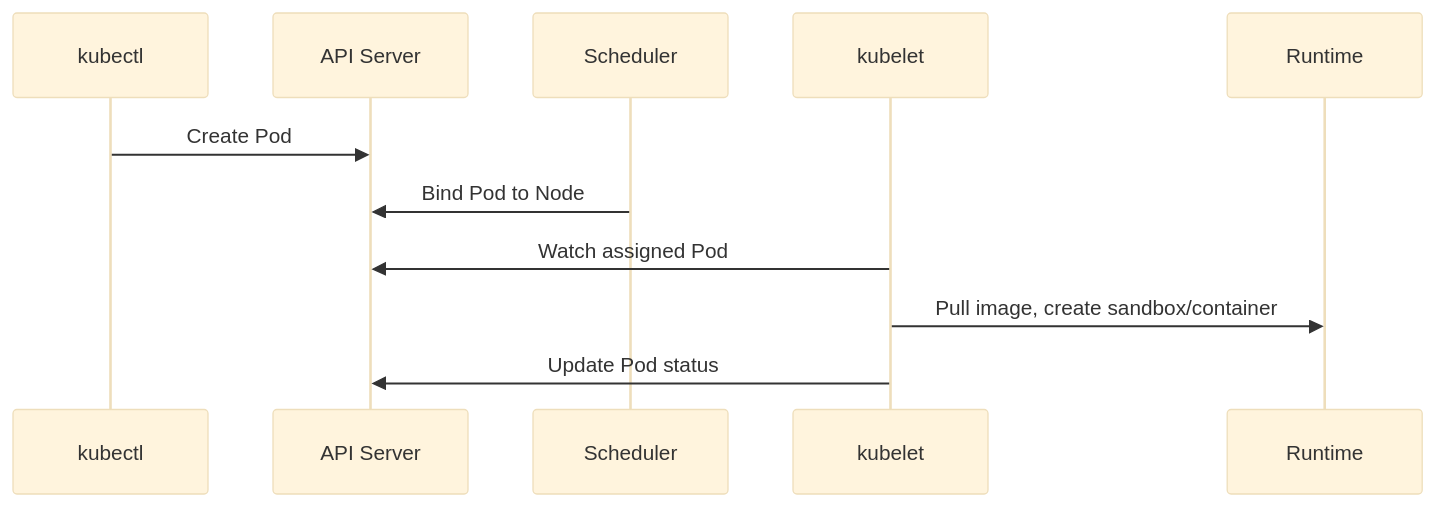
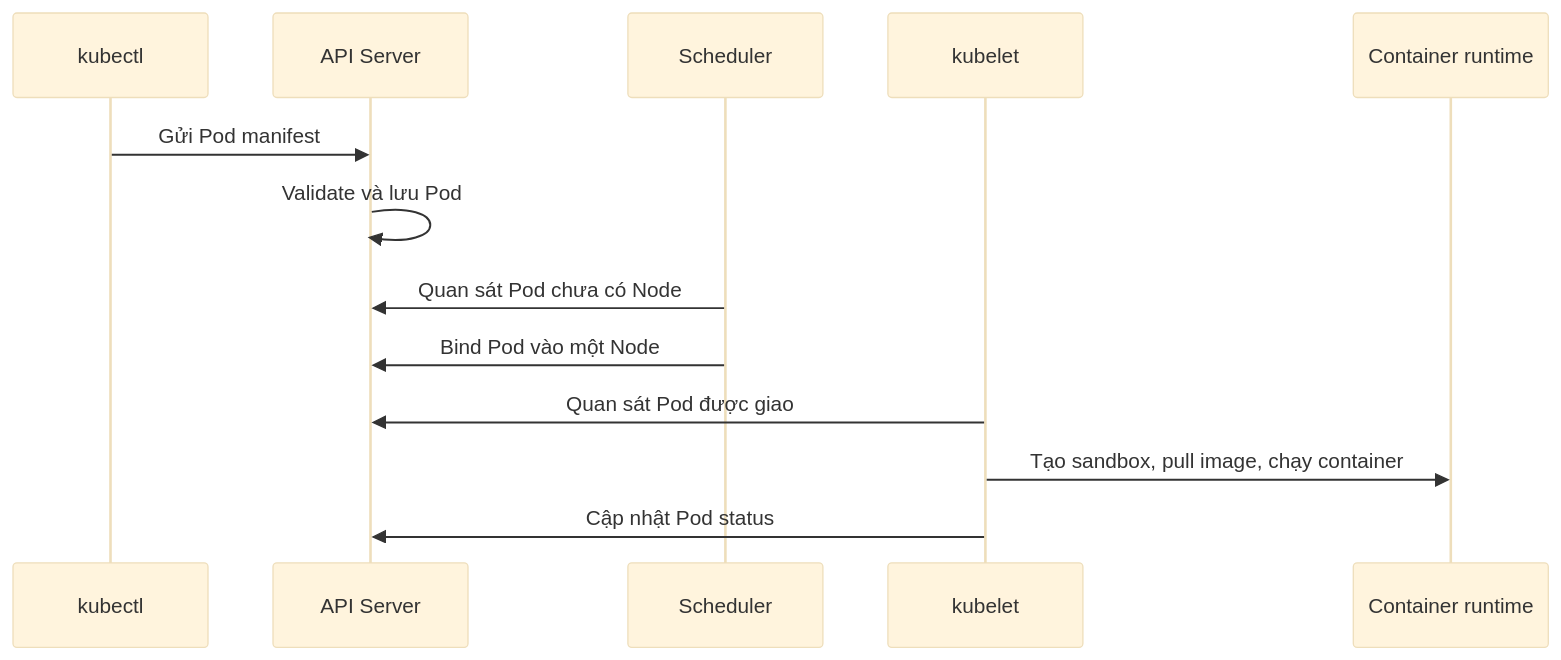
The second of 2 diagrams in content/docs/workloads/pod.md (vanhiep99w/k8s-learn), drawn with Mermaid (base theme) before and after one commit. The commit also changed other lines of this file and 2 other files, not shown here.

Commit message:
docs: viết lại hướng dẫn Pod và DaemonSet

````diff
--- a/content/docs/workloads/pod.md
+++ b/content/docs/workloads/pod.md
@@ -165,13 +397,15 @@
 ```mermaid
 sequenceDiagram
     participant U as kubectl
     participant A as API Server
     participant S as Scheduler
     participant K as kubelet
-    participant R as Runtime
-    U->>A: Create Pod
-    S->>A: Bind Pod to Node
-    K->>A: Watch assigned Pod
-    K->>R: Pull image, create sandbox/container
-    K->>A: Update Pod status
+    participant R as Container runtime
+    U->>A: Gửi Pod manifest
+    A->>A: Validate và lưu Pod
+    S->>A: Quan sát Pod chưa có Node
+    S->>A: Bind Pod vào một Node
+    K->>A: Quan sát Pod được giao
+    K->>R: Tạo sandbox, pull image, chạy container
+    K->>A: Cập nhật Pod status
 ```
````
